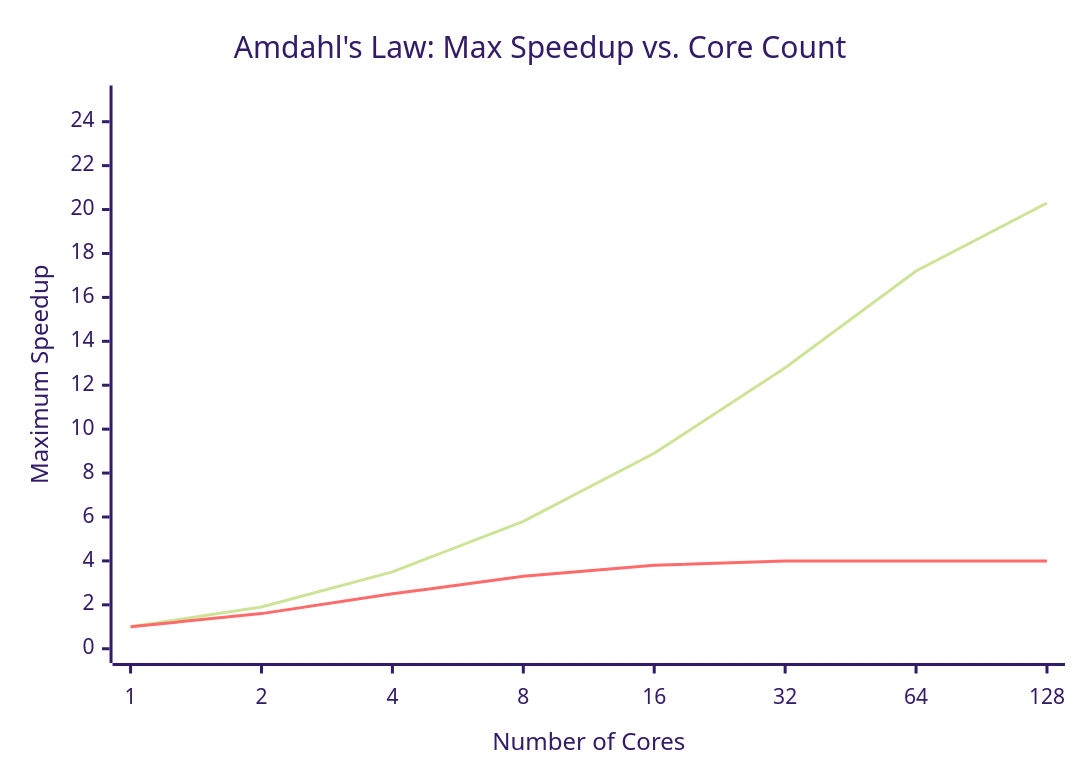
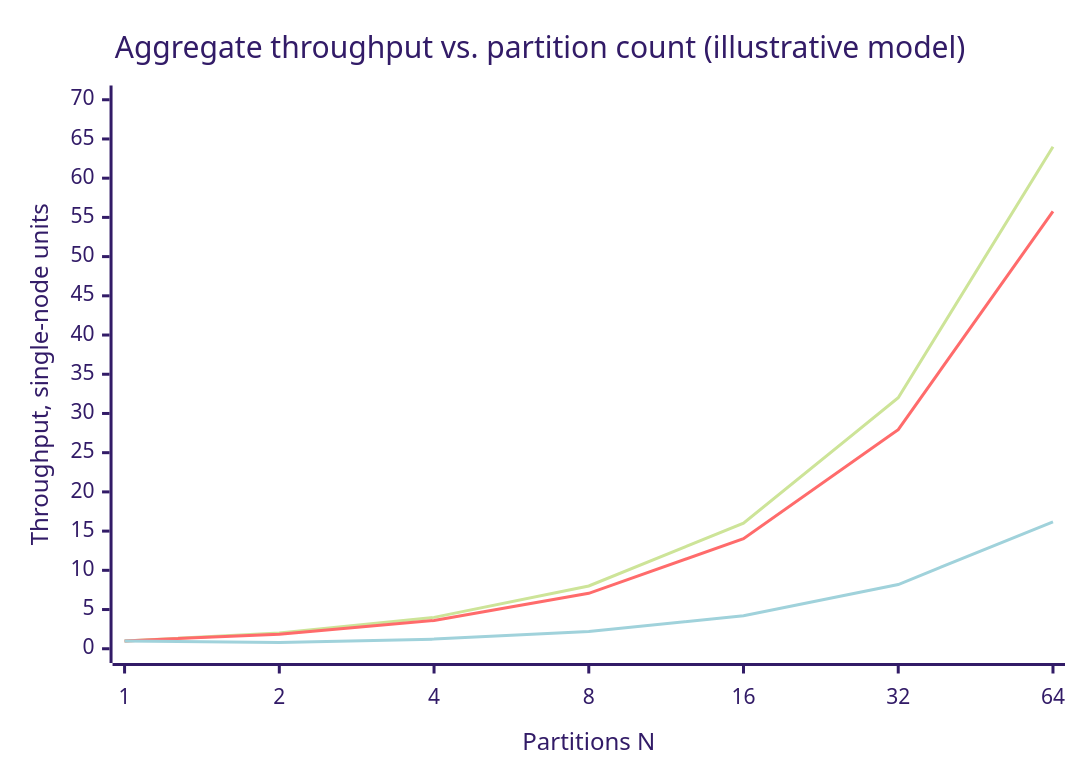
One commit to gorkemsari/distributed-systems changed the third of 5 diagrams in src/content/docs/en/foundations/monoliths-to-distributed/scaling-dilemma.mdx. Above: the diagram before and after it, drawn with Mermaid (forest theme). The commit also changed other lines of this file and 3 other files, not shown here.

````diff
--- a/src/content/docs/en/foundations/monoliths-to-distributed/scaling-dilemma.mdx
+++ b/src/content/docs/en/foundations/monoliths-to-distributed/scaling-dilemma.mdx
@@ -55,8 +93,9 @@
 ```mermaid
 xychart-beta
-    title "Amdahl's Law: Max Speedup vs. Core Count"
-    x-axis "Number of Cores" [1, 2, 4, 8, 16, 32, 64, 128]
-    y-axis "Maximum Speedup" 0 --> 25
-    line [1, 1.9, 3.5, 5.8, 8.9, 12.8, 17.2, 20.3]
-    line [1, 1.6, 2.5, 3.3, 3.8, 4.0, 4.0, 4.0]
+    title "Aggregate throughput vs. partition count (illustrative model)"
+    x-axis "Partitions N" [1, 2, 4, 8, 16, 32, 64]
+    y-axis "Throughput, single-node units" 0 --> 70
+    line [1, 2, 4, 8, 16, 32, 64]
+    line [1, 1.86, 3.6, 7.07, 14.03, 27.94, 55.77]
+    line [1, 0.8, 1.23, 2.21, 4.2, 8.19, 16.19]
 ```
````
